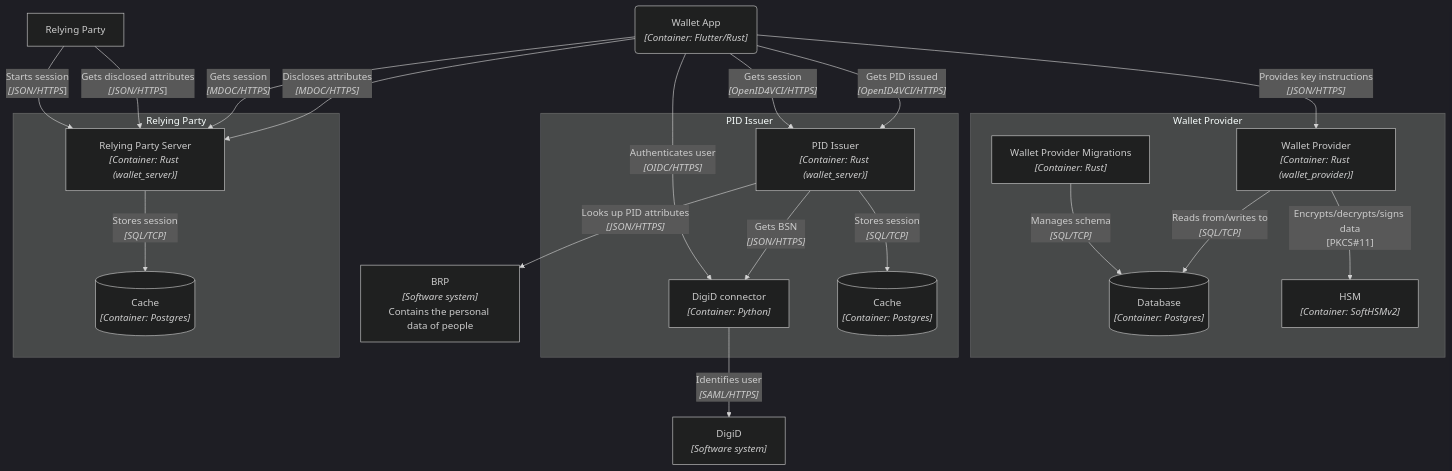
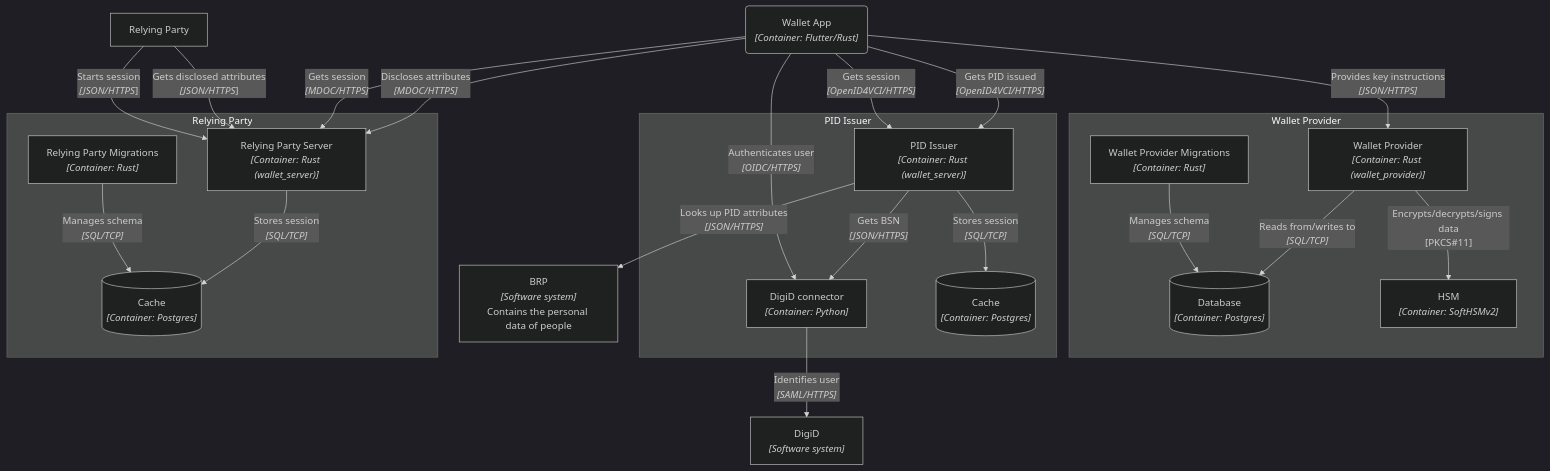
One commit to MinBZK/nl-wallet changed the diagram in documentation/components.md. Above: the diagram before and after it, drawn with Mermaid (dark theme).

Commit message:
Include RP migrations

```diff
--- a/documentation/components.md
+++ b/documentation/components.md
@@ -88,6 +88,10 @@
             Relying Party Server
             _[Container: Rust (wallet_server)]_
         `"]
+        relying_party_migrations["`
+            Relying Party Migrations
+            _[Container: Rust]_
+        `"]
         cache_rp[("`
             Cache
             _[Container: Postgres]_
@@ -96,6 +100,10 @@
             Stores session
             _[SQL/TCP]_
         `"--> cache_rp
+        relying_party_migrations -- "`
+            Manages schema
+            _[SQL/TCP]_
+        `" --> cache_rp
     end
 
     wallet_app -- "`
```
